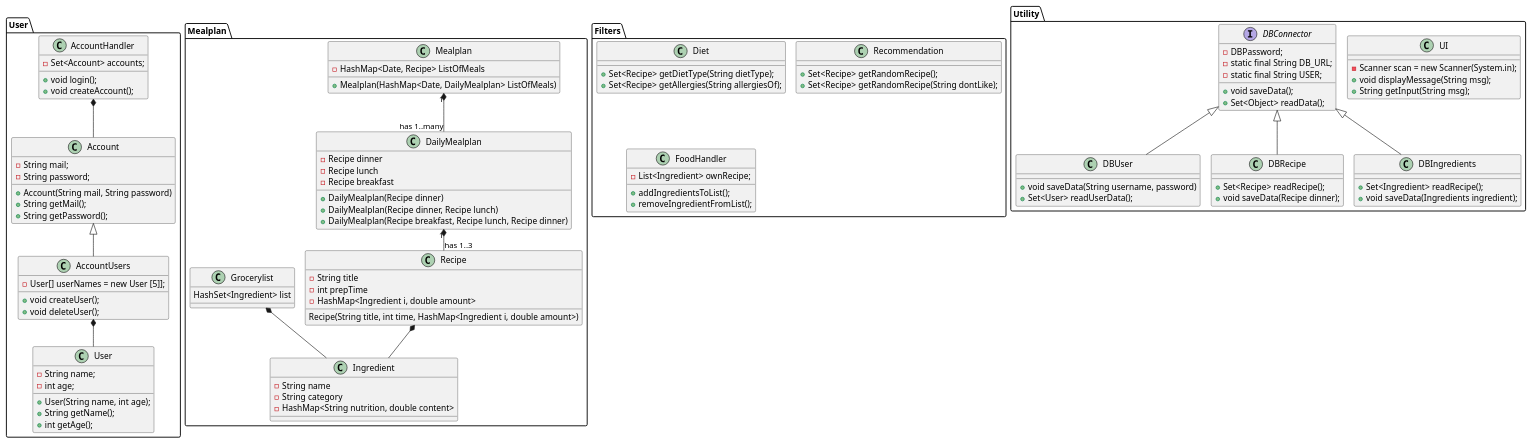
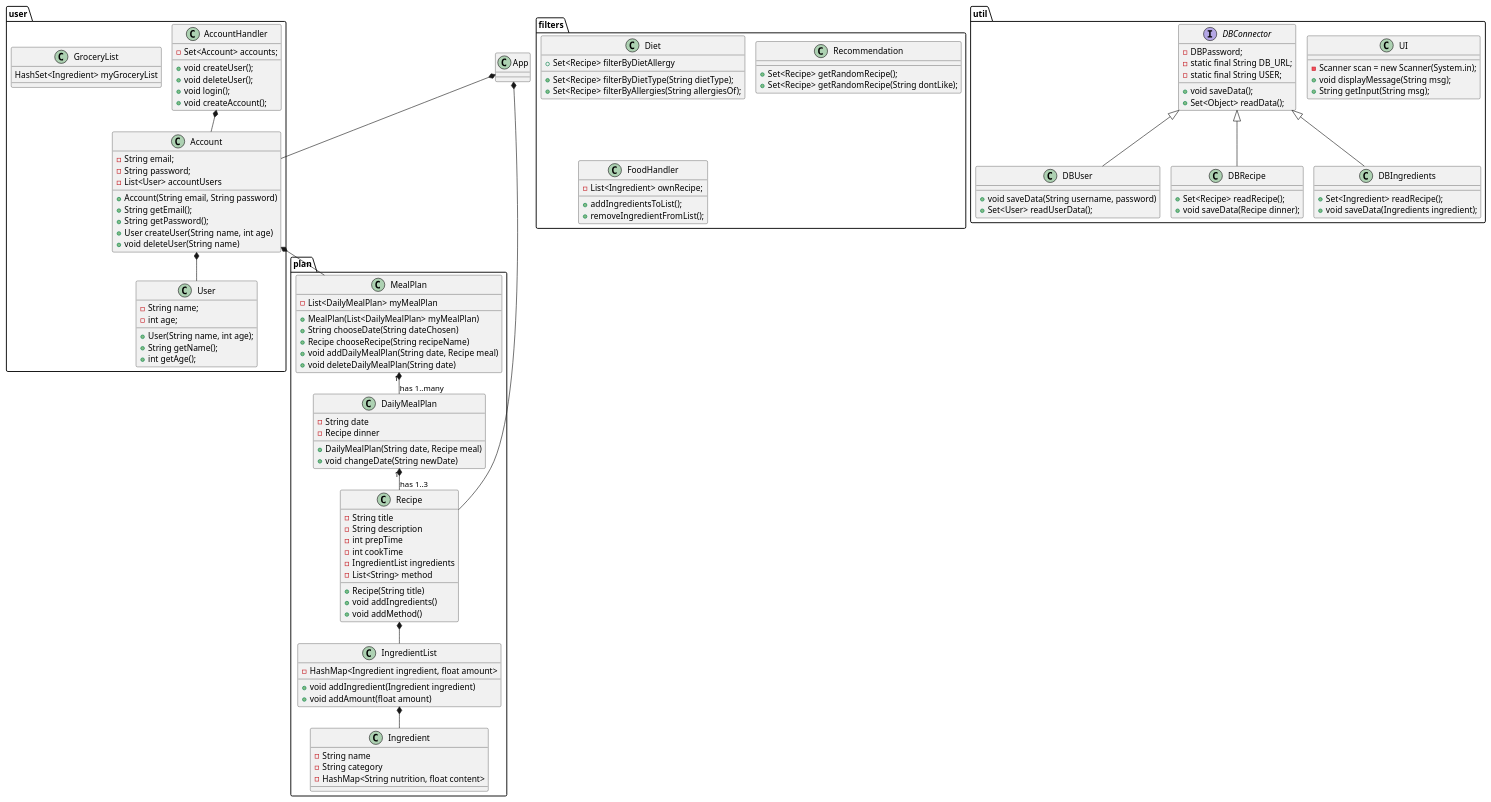
Before and after one commit to lassekh/ICE: the diagram in Documents/Class Diagram.puml, drawn with PlantUML. The commit also changed 2 other files, not shown here.

Commit message:
Updated Class Diagram + Domain Model

```diff
--- a/Documents/Class Diagram.puml
+++ b/Documents/Class Diagram.puml
@@ -1,138 +1,137 @@
 @startuml
 'https://plantuml.com/class-diagram
 !pragma layout smetana
 
-Package User{
+class App
+
+package "user"{
 class Account
-class AccountUsers
 class AccountHandler
 class User
+class GroceryList
+}
+
+package "plan"{
+class MealPlan
+class DailyMealPlan
+class Recipe
+class IngredientList
+class Ingredient
+}
+
+package "filters"{
+class Diet
+class Recommendation
+class FoodHandler
+}
+
+package "util"{
+class UI
+interface DBConnector
+class DBUser
+class DBRecipe
+class DBIngredients
+}
 
 'Label on relations
-Account <|-- AccountUsers
+App *-- Account
+App *-- Recipe
 AccountHandler *-- Account
-AccountUsers *-- User
+Account *-- User
+Account *-- MealPlan
+MealPlan "1" *-- "has 1..many" DailyMealPlan
+DailyMealPlan "1" *-- "has 1..3" Recipe
+Recipe *-- IngredientList
+IngredientList *-- Ingredient
+DBConnector <|-- DBUser
+DBConnector <|-- DBRecipe
+DBConnector <|-- DBIngredients
 
 'Methods and attributes
-Account : - String mail;
+Account : - String email;
 Account : - String password;
-Account : + Account(String mail, String password)
-Account : + String getMail();
+Account : - List<User> accountUsers
+Account : + Account(String email, String password)
+Account : + String getEmail();
 Account : + String getPassword();
+Account : + User createUser(String name, int age)
+Account : + void deleteUser(String name)
 
-AccountUsers : - User[] userNames = new User [5]];
-AccountUsers : + void createUser();
-AccountUsers : + void deleteUser();
-
+AccountHandler : + void createUser();
+AccountHandler : + void deleteUser();
 AccountHandler : + void login();
 AccountHandler : + void createAccount();
 AccountHandler : - Set<Account> accounts;
-'AccountHandler : - void chooseName();
-'AccountHandler : - void createName();
 
 User : - String name;
 User : - int age;
 User : + User(String name, int age);
 User : + String getName();
 User : + int getAge();
 
-}
+MealPlan : - List<DailyMealPlan> myMealPlan
+MealPlan : + MealPlan(List<DailyMealPlan> myMealPlan)
+MealPlan : + String chooseDate(String dateChosen)
+MealPlan : + Recipe chooseRecipe(String recipeName)
+MealPlan : + void addDailyMealPlan(String date, Recipe meal)
+MealPlan : + void deleteDailyMealPlan(String date)
 
-Package Mealplan{
-class Mealplan
-Mealplan : - HashMap<Date, Recipe> ListOfMeals
-Mealplan : + Mealplan(HashMap<Date, DailyMealplan> ListOfMeals)
+DailyMealPlan : - String date
+DailyMealPlan : - Recipe dinner
+DailyMealPlan : + DailyMealPlan(String date, Recipe meal)
+DailyMealPlan : + void changeDate(String newDate)
 
-class DailyMealplan
-DailyMealplan : - Recipe dinner
-DailyMealplan : - Recipe lunch
-DailyMealplan : - Recipe breakfast
-DailyMealplan : + DailyMealplan(Recipe dinner)
-DailyMealplan : + DailyMealplan(Recipe dinner, Recipe lunch)
-DailyMealplan : + DailyMealplan(Recipe breakfast, Recipe lunch, Recipe dinner)
+Recipe : - String title
+Recipe : - String description
+Recipe : - int prepTime
+Recipe : - int cookTime
+Recipe : - IngredientList ingredients
+Recipe : - List<String> method
+Recipe : + Recipe(String title)
+Recipe : + void addIngredients()
+Recipe : + void addMethod()
 
-class Recipe
-Recipe : - String title
-Recipe : - int prepTime
-Recipe : - HashMap<Ingredient i, double amount>
-Recipe : Recipe(String title, int time, HashMap<Ingredient i, double amount>)
+IngredientList : - HashMap<Ingredient ingredient, float amount>
+IngredientList : + void addIngredient(Ingredient ingredient)
+IngredientList : + void addAmount(float amount)
 
-class Ingredient
 Ingredient : - String name
 Ingredient : - String category
-Ingredient : - HashMap<String nutrition, double content>
+Ingredient : - HashMap<String nutrition, float content>
 
-class Grocerylist
-Grocerylist : HashSet<Ingredient> list
-
-'Label on relations
-Mealplan "1" *-- "has 1..many" DailyMealplan
-DailyMealplan "1" *-- "has 1..3" Recipe
-Recipe *-- Ingredient
-Grocerylist *-- Ingredient
-}
-
-Package Filters{
-class Diet
-'behøves felter vedr. diæt typer?
-'Diet : - String lowCarb;
-'Diet : - String keto;
-
-Diet : + Set<Recipe> getDietType(String dietType);
-Diet : + Set<Recipe> getAllergies(String allergiesOf);
-'evt i fremtiden en liste hvor begge kriterier indgår
-
-class Recommendation
-Recommendation : + Set<Recipe> getRandomRecipe();
-Recommendation : + Set<Recipe> getRandomRecipe(String dontLike);
-
-class FoodHandler
-FoodHandler : - List<Ingredient> ownRecipe;
-FoodHandler : + addIngredientsToList();
-FoodHandler : + removeIngredientFromList();
-
-}
-
-
-
-Package Utility{
-'class IO
-class UI
-interface DBConnector
-class DBUser
-class DBRecipe
-class DBIngredients
-
+GroceryList : HashSet<Ingredient> myGroceryList
 
 UI : - Scanner scan = new Scanner(System.in);
 UI : + void displayMessage(String msg);
 UI : + String getInput(String msg);
 
 DBConnector : - DBPassword;
 DBConnector : - static final String DB_URL;
 DBConnector : - static final String USER;
 DBConnector : + void saveData();
 DBConnector : + Set<Object> readData();
 
 DBUser : + void saveData(String username, password)
 DBUser : + Set<User> readUserData();
 
 DBRecipe : + Set<Recipe> readRecipe();
 DBRecipe : + void saveData(Recipe dinner);
 
 DBIngredients : + Set<Ingredient> readRecipe();
 DBIngredients : + void saveData(Ingredients ingredient);
 
-}
+Diet : + Set<Recipe> filterByDietType(String dietType);
+Diet : + Set<Recipe> filterByAllergies(String allergiesOf);
+Diet : + Set<Recipe> filterByDietAllergy
 
+Recommendation : + Set<Recipe> getRandomRecipe();
+Recommendation : + Set<Recipe> getRandomRecipe(String dontLike);
 
-'Label on relations
-DBConnector <|-- DBUser
-DBConnector <|-- DBRecipe
-DBConnector <|-- DBIngredients
-
+FoodHandler : - List<Ingredient> ownRecipe;
+FoodHandler : + addIngredientsToList();
+FoodHandler : + removeIngredientFromList();
 'User *-- Grocerylist
 'Recipe *-- Diet
 'Recipe *-- DBConnector
 'Ingredient *-- DBConnector
 @enduml
```
